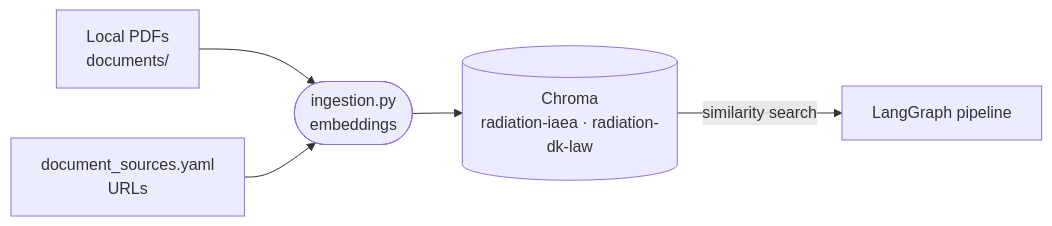
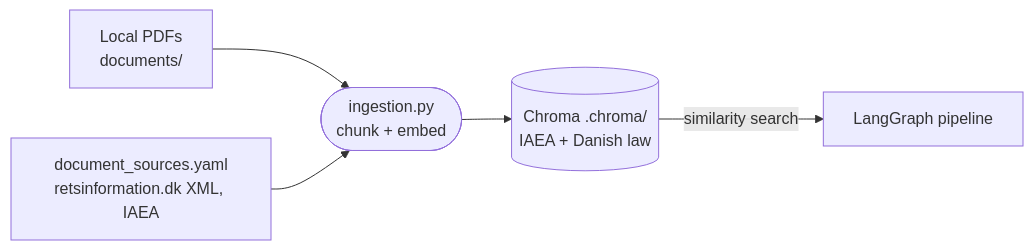
One commit to eikrad/Radiationsafety changed the second of 2 diagrams in README.md. Above: the diagram before and after it, drawn with Mermaid. The commit also changed other lines of this file and 5 other files, not shown here.

First line of the commit message:
docs: add quick start, repo layout and simplified diagram to README; refresh docs index

````diff
--- a/README.md
+++ b/README.md
@@ -89,7 +78,7 @@
 ```mermaid
 flowchart LR
-    PDFS[Local PDFs\ndocuments/] --> INGEST
-    URLS[document_sources.yaml\nURLs] --> INGEST
-    INGEST([ingestion.py\nembeddings]) --> CHROMA
-    CHROMA[(Chroma\nradiation-iaea · radiation-dk-law)] -->|similarity search| PIPELINE[LangGraph pipeline]
+    PDFS[Local PDFs<br/>documents/] --> INGEST
+    URLS[document_sources.yaml<br/>retsinformation.dk XML, IAEA] --> INGEST
+    INGEST([ingestion.py<br/>chunk + embed]) --> CHROMA
+    CHROMA[(Chroma .chroma/<br/>IAEA + Danish law)] -->|similarity search| PIPELINE[LangGraph pipeline]
 ```
````
